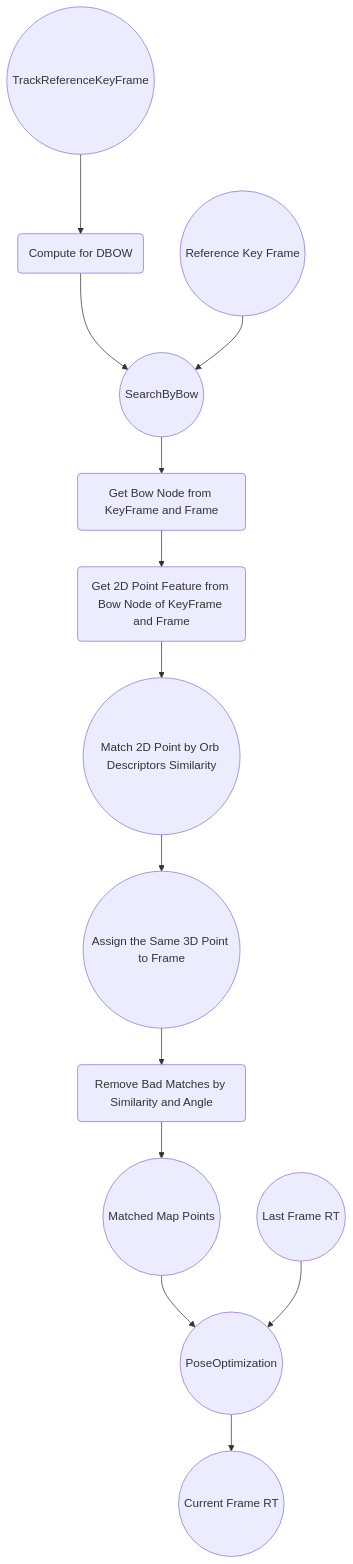
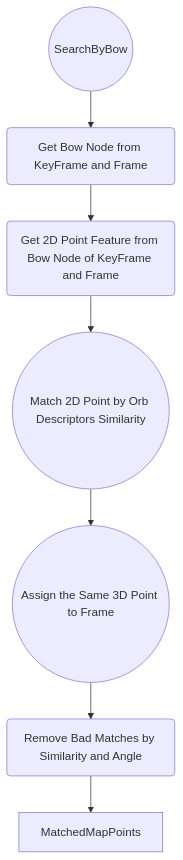
One commit to huang-yuefeng/3DComputerVision changed the sixth of 10 diagrams in Track.md. Above: the diagram before and after it, drawn with Mermaid.

````diff
--- a/Track.md
+++ b/Track.md
@@ -146,16 +158,9 @@
 ```mermaid
-      graph TD
-			TrackReferenceKeyFrame((TrackReferenceKeyFrame)) --> ComputeBow(Compute for DBOW)
-			ComputeBow --> SearchByBow			
-			RefKeyFrame((Reference Key Frame)) --> SearchByBow
-			MatchedMapPoints((Matched Map Points)) --> PoseOptimization((PoseOptimization))
-			LastRT((Last Frame RT)) --> PoseOptimization
-			PoseOptimization --> CurrentRT((Current Frame RT))
-			
+ 	graph TD
 			SearchByBow((SearchByBow)) --> GetBowNode(Get Bow Node from KeyFrame and Frame)
 			GetBowNode --> Get2DPointFeature(Get 2D Point Feature from Bow Node of KeyFrame and Frame)
 			Get2DPointFeature --> Match2DPoint((Match 2D Point by Orb Descriptors Similarity))
 			Match2DPoint --> Assign3DPoint((Assign the Same 3D Point to Frame))
 			Assign3DPoint --> RemoveBadPoints(Remove Bad Matches by Similarity and Angle)	
 			RemoveBadPoints --> MatchedMapPoints
 ```
````
